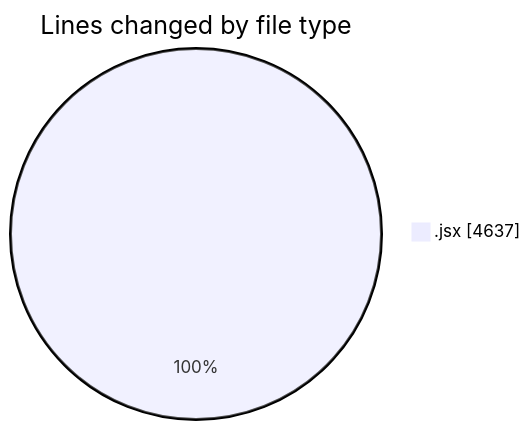
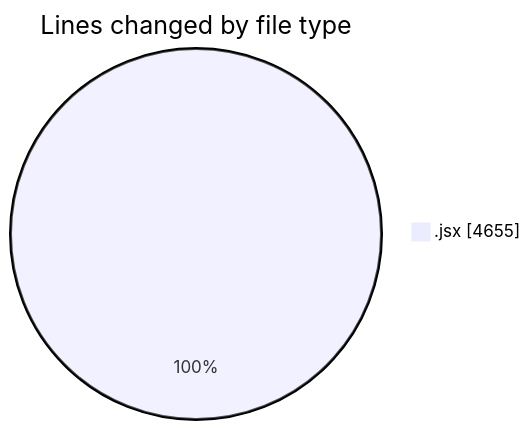
Before and after one commit to nxtqubesakshisongat/code-tracking: the first of 2 diagrams in 2025-10-07/nxtqube_webapp/README.md, drawn with Mermaid. The commit also changed other lines of this file and 1 other file, not shown here.

````diff
--- a/2025-10-07/nxtqube_webapp/README.md
+++ b/2025-10-07/nxtqube_webapp/README.md
@@ -22,5 +22,5 @@
 ```mermaid
 pie showData
 title Lines changed by file type
-".jsx" : 4637
+".jsx" : 4655
 ```
````
